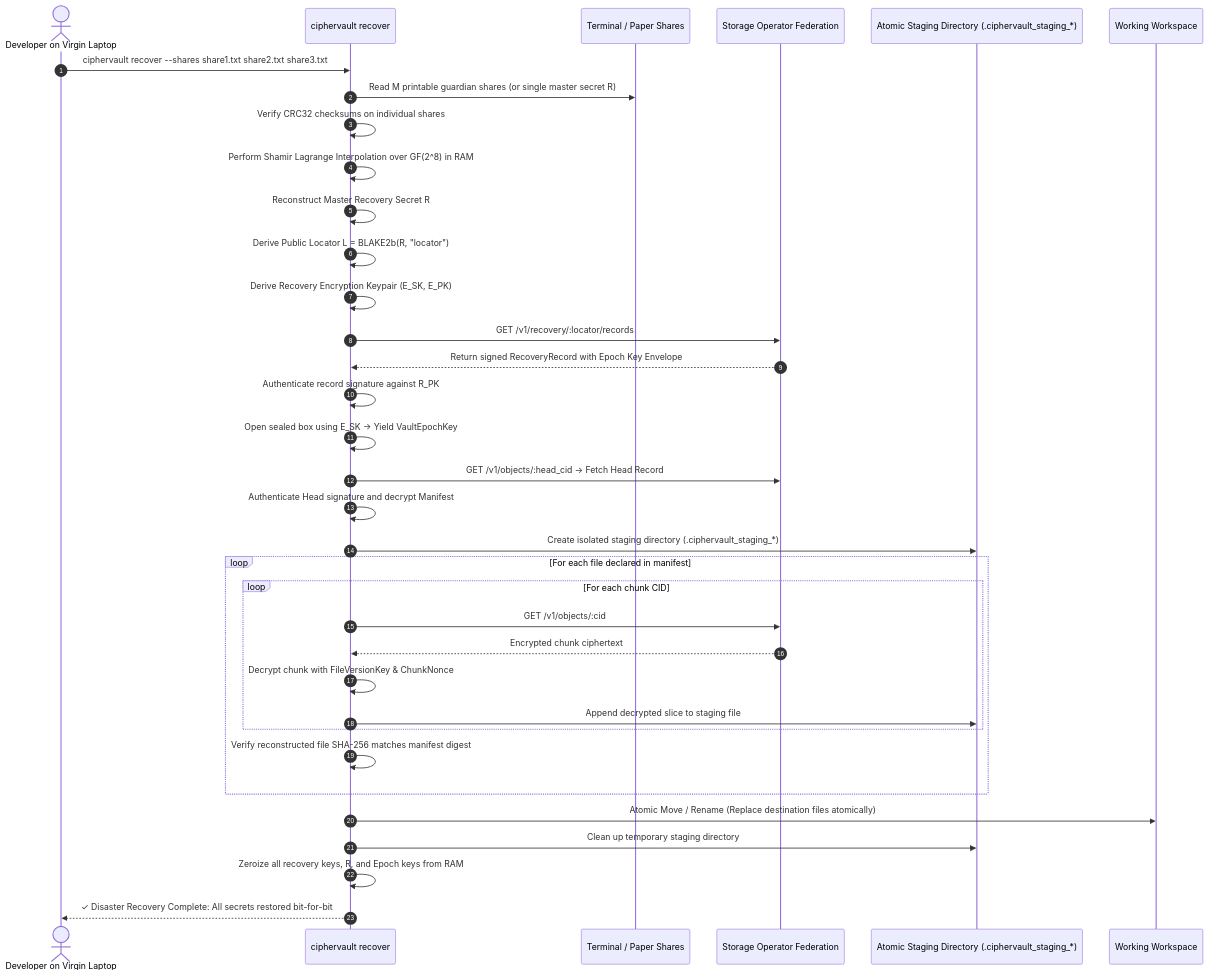
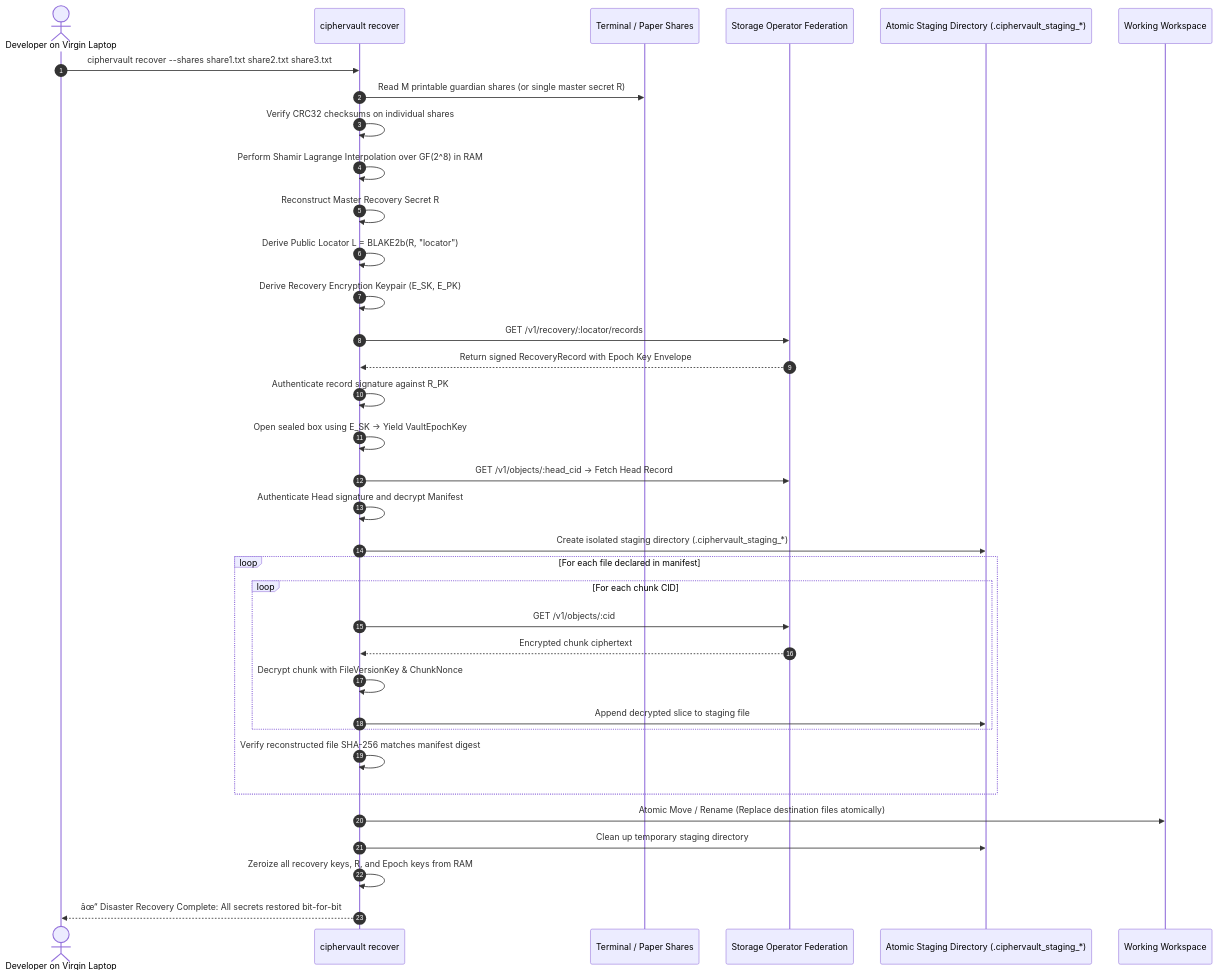
The seventh of 14 diagrams in docs/SYSTEM_WORKFLOW.md (samuel-1-avson/CipherVault), drawn with Mermaid before and after one commit. The commit also changed other lines of this file and 5 other files, not shown here.

````diff
--- a/docs/SYSTEM_WORKFLOW.md
+++ b/docs/SYSTEM_WORKFLOW.md
@@ -382,42 +382,42 @@
 ```mermaid
 sequenceDiagram
     autonumber
     actor Dev as Developer on Virgin Laptop
     participant CLI as ciphervault recover
     participant Term as Terminal / Paper Shares
     participant Ops as Storage Operator Federation
     participant Restore as Atomic Staging Directory (.ciphervault_staging_*)
     participant Target as Working Workspace
 
     Dev->>CLI: ciphervault recover --shares share1.txt share2.txt share3.txt
     CLI->>Term: Read M printable guardian shares (or single master secret R)
     CLI->>CLI: Verify CRC32 checksums on individual shares
     CLI->>CLI: Perform Shamir Lagrange Interpolation over GF(2^8) in RAM
     CLI->>CLI: Reconstruct Master Recovery Secret R
     CLI->>CLI: Derive Public Locator L = BLAKE2b(R, "locator")
     CLI->>CLI: Derive Recovery Encryption Keypair (E_SK, E_PK)
     
     CLI->>Ops: GET /v1/recovery/:locator/records
     Ops-->>CLI: Return signed RecoveryRecord with Epoch Key Envelope
     CLI->>CLI: Authenticate record signature against R_PK
     CLI->>CLI: Open sealed box using E_SK -> Yield VaultEpochKey
     
     CLI->>Ops: GET /v1/objects/:head_cid -> Fetch Head Record
     CLI->>CLI: Authenticate Head signature and decrypt Manifest
     
     CLI->>Restore: Create isolated staging directory (.ciphervault_staging_*)
     loop For each file declared in manifest
         loop For each chunk CID
             CLI->>Ops: GET /v1/objects/:cid
             Ops-->>CLI: Encrypted chunk ciphertext
             CLI->>CLI: Decrypt chunk with FileVersionKey & ChunkNonce
             CLI->>Restore: Append decrypted slice to staging file
         end
         CLI->>CLI: Verify reconstructed file SHA-256 matches manifest digest
     end
     
     CLI->>Target: Atomic Move / Rename (Replace destination files atomically)
     CLI->>Restore: Clean up temporary staging directory
     CLI->>CLI: Zeroize all recovery keys, R, and Epoch keys from RAM
-    CLI-->>Dev: ✓ Disaster Recovery Complete: All secrets restored bit-for-bit
+    CLI-->>Dev: âœ“ Disaster Recovery Complete: All secrets restored bit-for-bit
 ```
````
